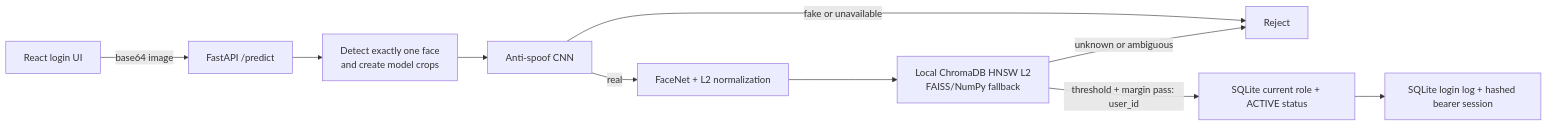
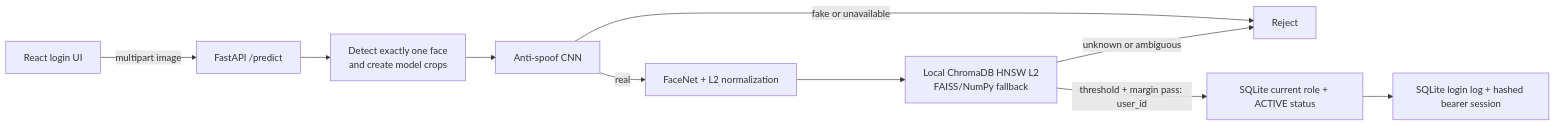
One commit to vu-xuan-hung/Face-Verification-Project-with-CNN changed the diagram in docs/codebase-summary.md. Above: the diagram before and after it, drawn with Mermaid. The commit also changed other lines of this file and 7 other files, not shown here.

````diff
--- a/docs/codebase-summary.md
+++ b/docs/codebase-summary.md
@@ -16,12 +16,12 @@
 ```mermaid
 flowchart LR
-    UI[React login UI] -->|base64 image| API[FastAPI /predict]
+    UI[React login UI] -->|multipart image| API[FastAPI /predict]
     API --> PRE[Detect exactly one face\nand create model crops]
     PRE --> PAD[Anti-spoof CNN]
     PAD -->|fake or unavailable| REJECT[Reject]
     PAD -->|real| EMB[FaceNet + L2 normalization]
     EMB --> IDX[Local ChromaDB HNSW L2\nFAISS/NumPy fallback]
     IDX -->|threshold + margin pass: user_id| ROLE[SQLite current role + ACTIVE status]
     ROLE --> LOG[SQLite login log + hashed bearer session]
     IDX -->|unknown or ambiguous| REJECT
 ```
````
